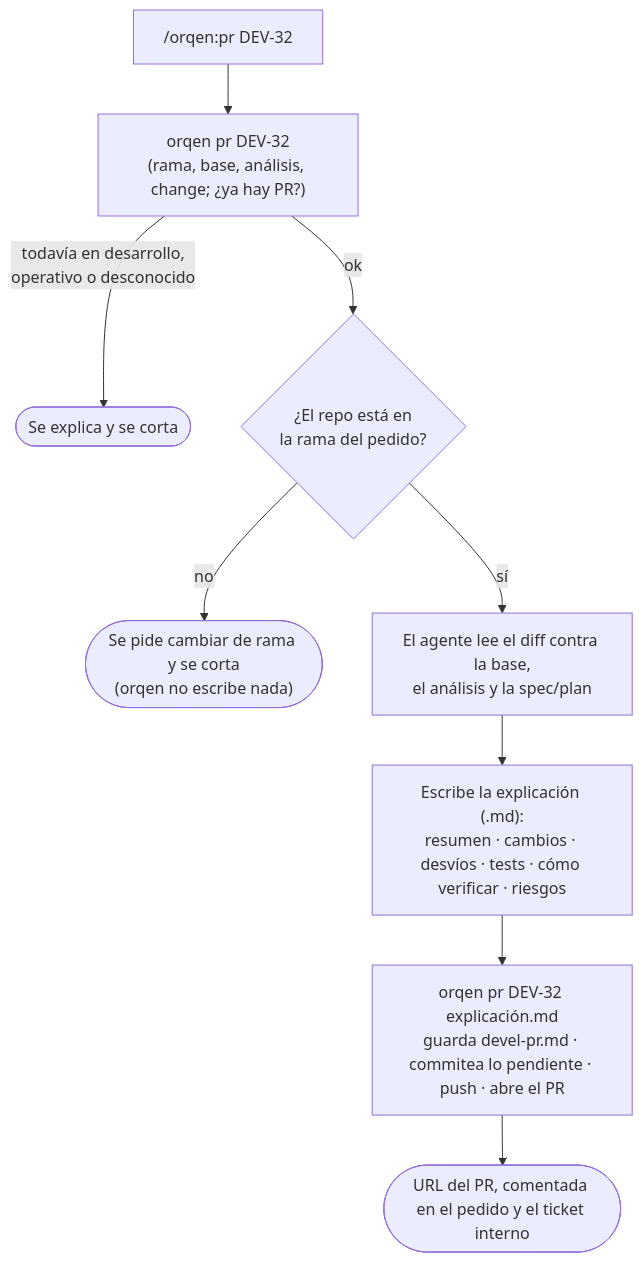
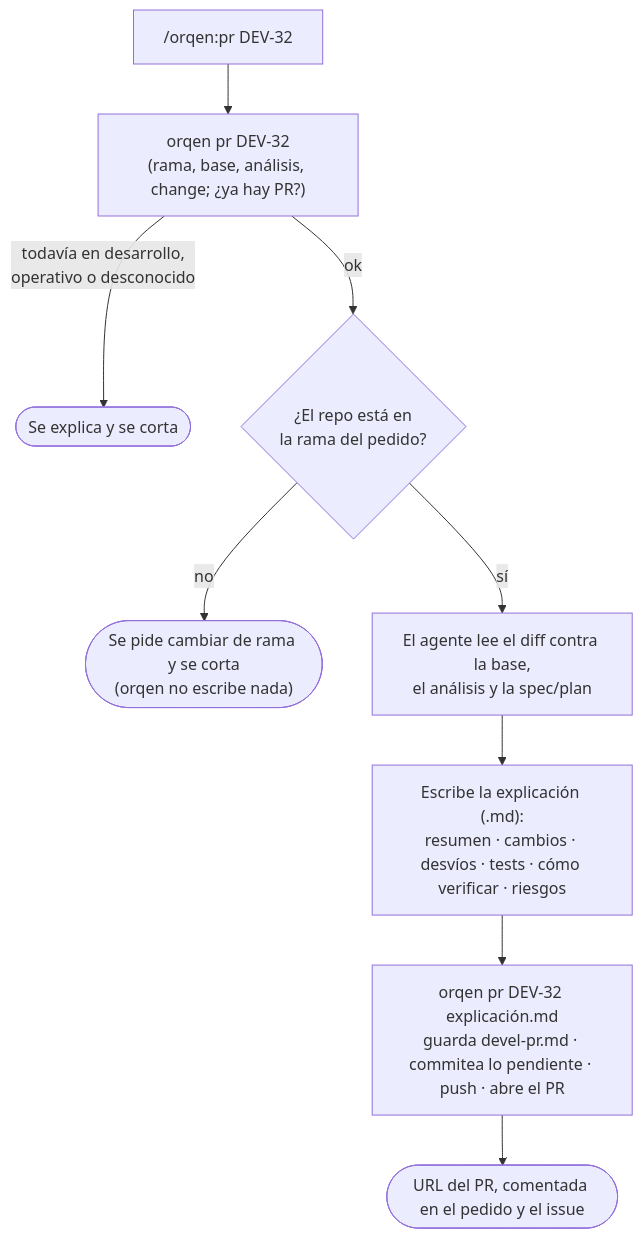
The fifth of 7 diagrams in README.md (sistemas-telpin/orqen), drawn with Mermaid before and after one commit. The commit also changed other lines of this file and 53 other files, not shown here.

````diff
--- a/README.md
+++ b/README.md
@@ -224,11 +224,11 @@
 ```mermaid
 flowchart TD
     A["/orqen:pr DEV-32"] --> B["orqen pr DEV-32<br/>(rama, base, análisis, change; ¿ya hay PR?)"]
     B -->|"todavía en desarrollo,<br/>operativo o desconocido"| X(["Se explica y se corta"])
     B -->|"ok"| R{"¿El repo está en<br/>la rama del pedido?"}
     R -->|"no"| Y(["Se pide cambiar de rama y se corta<br/>(orqen no escribe nada)"])
     R -->|"sí"| C["El agente lee el diff contra la base,<br/>el análisis y la spec/plan"]
     C --> D["Escribe la explicación (.md):<br/>resumen · cambios · desvíos · tests · cómo verificar · riesgos"]
     D --> E["orqen pr DEV-32 explicación.md<br/>guarda devel-pr.md · commitea lo pendiente · push · abre el PR"]
-    E --> F(["URL del PR, comentada en el pedido y el ticket interno"])
+    E --> F(["URL del PR, comentada en el pedido y el issue"])
 ```
````
